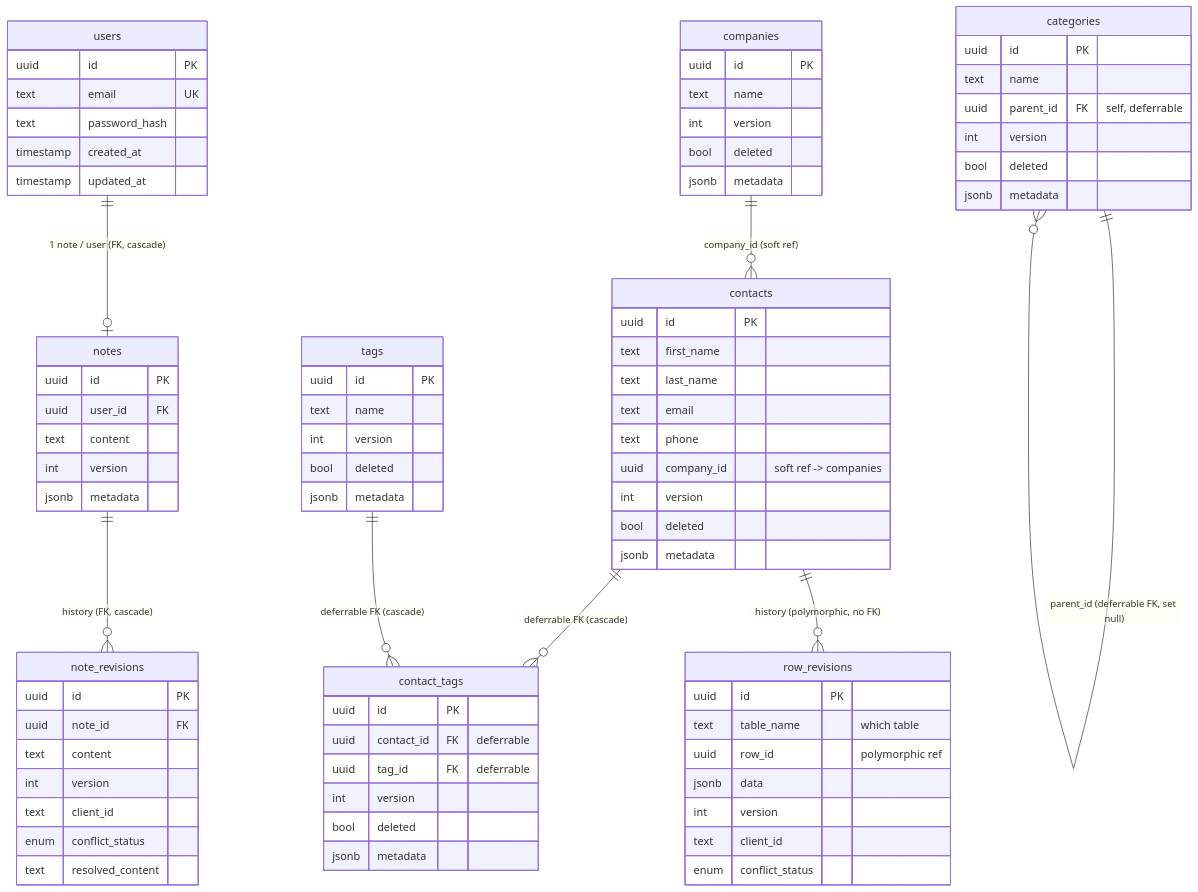
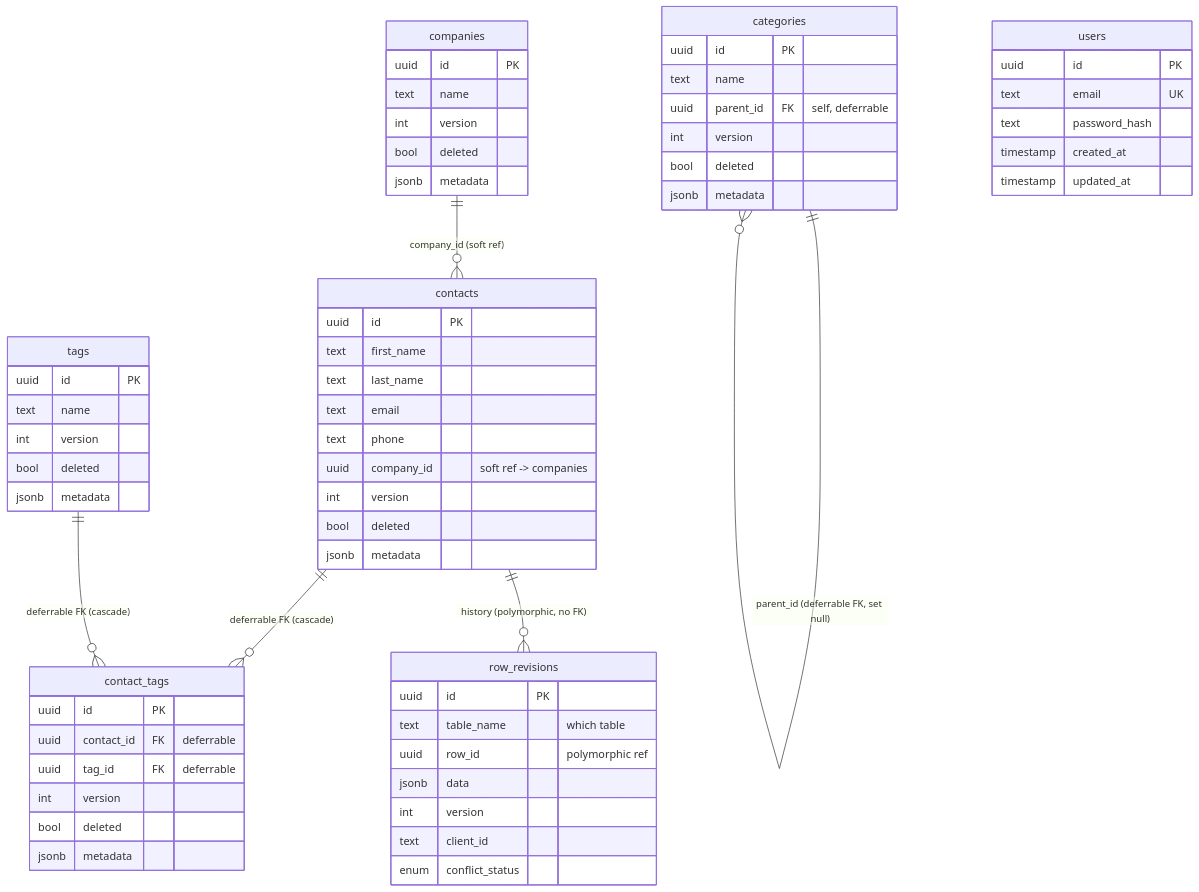
Before and after one commit to aberezin/gammaray: the diagram in docs/erd.md, drawn with Mermaid. The commit also changed other lines of this file and 39 other files, not shown here.

````diff
--- a/docs/erd.md
+++ b/docs/erd.md
@@ -13,7 +15,5 @@
 ```mermaid
 erDiagram
-  users ||--o| notes : "1 note / user (FK, cascade)"
-  notes ||--o{ note_revisions : "history (FK, cascade)"
   companies ||--o{ contacts : "company_id (soft ref)"
   categories ||--o{ categories : "parent_id (deferrable FK, set null)"
   contacts ||--o{ contact_tags : "deferrable FK (cascade)"
@@ -26,22 +26,6 @@
     text password_hash
     timestamp created_at
     timestamp updated_at
-  }
-  notes {
-    uuid id PK
-    uuid user_id FK
-    text content
-    int version
-    jsonb metadata
-  }
-  note_revisions {
-    uuid id PK
-    uuid note_id FK
-    text content
-    int version
-    text client_id
-    enum conflict_status
-    text resolved_content
   }
   contacts {
     uuid id PK
````
